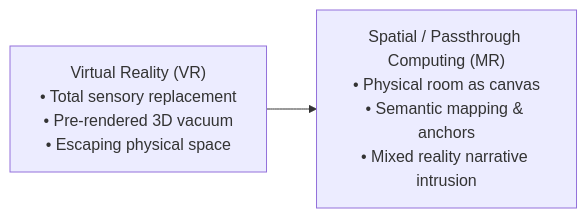
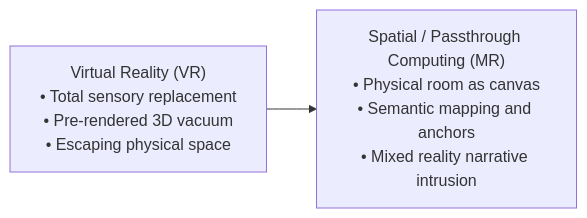
The first of 6 diagrams in src/content/blog/place-space-and-passthrough.md (caraya/astro-blog2), drawn with Mermaid before and after one commit. The commit also changed other lines of this file and 7 other files, not shown here.

````diff
--- a/src/content/blog/place-space-and-passthrough.md
+++ b/src/content/blog/place-space-and-passthrough.md
@@ -15,6 +13,5 @@
 ```mermaid
 flowchart LR
     VR["Virtual Reality (VR)<br/>• Total sensory replacement<br/>• Pre-rendered 3D vacuum<br/>• Escaping physical space"]
-    -->
-    MR["Spatial / Passthrough Computing (MR)<br/>• Physical room as canvas<br/>• Semantic mapping & anchors<br/>• Mixed reality narrative intrusion"]
+    --> MR["Spatial / Passthrough Computing (MR)<br/>• Physical room as canvas<br/>• Semantic mapping and anchors<br/>• Mixed reality narrative intrusion"]
 ```
````
